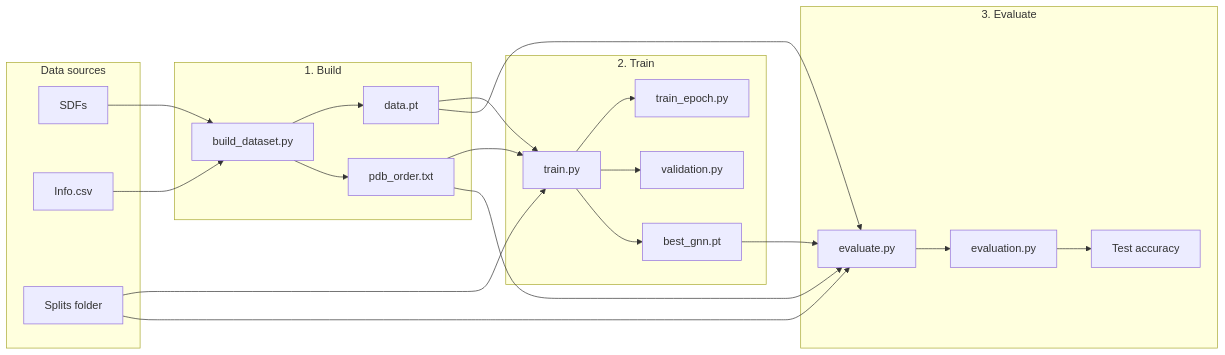
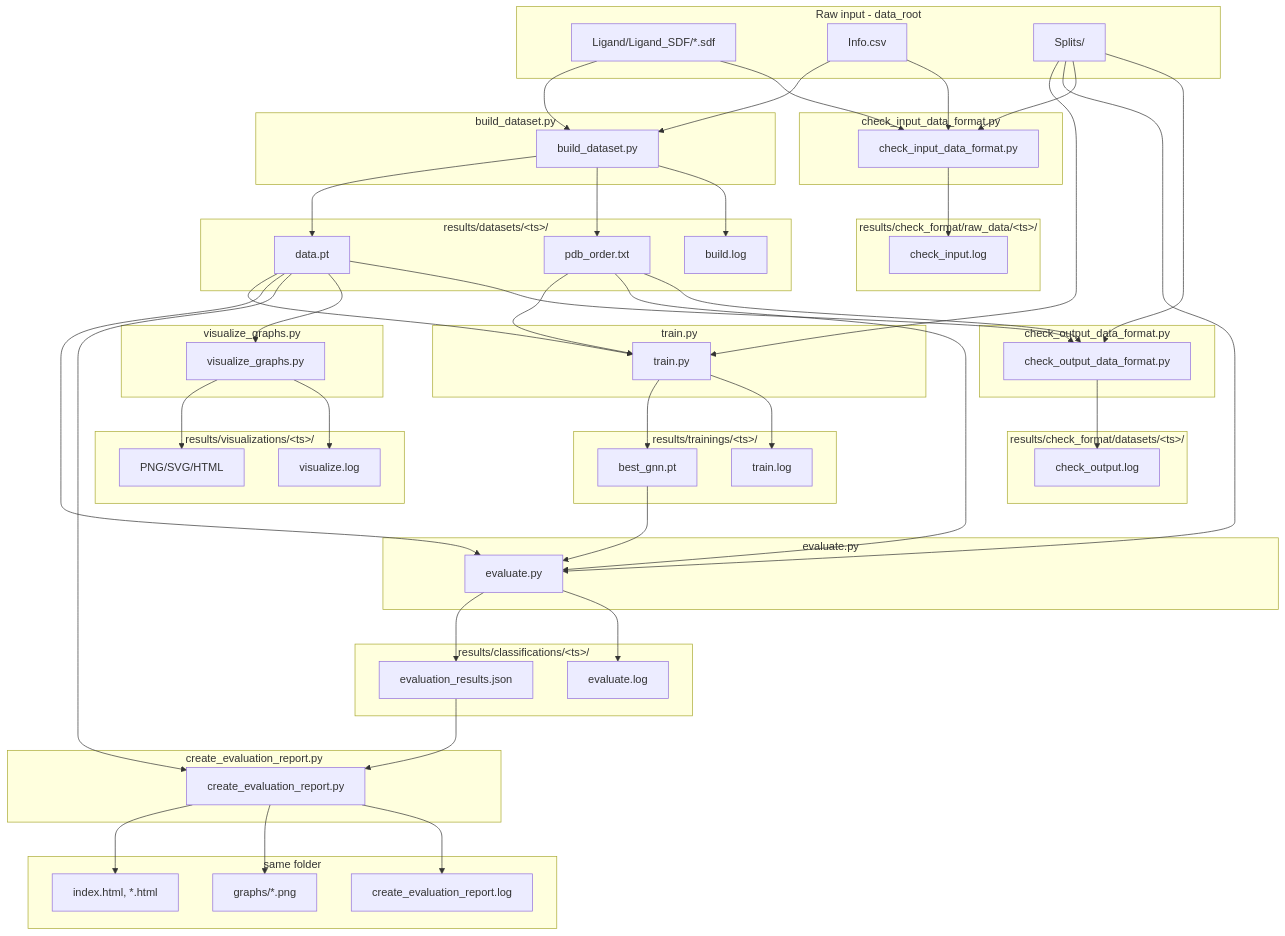
Before and after one commit to mananoreboton/gnn_gine_mprov3: the first of 2 diagrams in README.md, drawn with Mermaid. The commit also changed other lines of this file and 13 other files, not shown here.

First line of the commit message:
Refactor dataset management and output paths

````diff
--- a/README.md
+++ b/README.md
@@ -7,46 +11,110 @@
 ```mermaid
-flowchart LR
-    subgraph sources [Data sources]
-        SDF[SDFs]
+flowchart TB
+    subgraph raw [Raw input - data_root]
+        SDF[Ligand/Ligand_SDF/*.sdf]
         Info[Info.csv]
-        Splits[Splits folder]
+        Splits[Splits/]
     end
 
-    subgraph build [1. Build]
+    subgraph build [build_dataset.py]
         BuildCLI[build_dataset.py]
+    end
+
+    subgraph out_datasets [results/datasets/&lt;ts&gt;/]
         DataPT[data.pt]
         PdbOrder[pdb_order.txt]
+        BuildLog[build.log]
     end
 
-    subgraph train_flow [2. Train]
+    subgraph train_script [train.py]
         TrainCLI[train.py]
-        TrainEpoch[train_epoch.py]
-        ValMod[validation.py]
-        BestCkpt[best_gnn.pt]
     end
 
-    subgraph eval_flow [3. Evaluate]
+    subgraph out_trainings [results/trainings/&lt;ts&gt;/]
+        BestCkpt[best_gnn.pt]
+        TrainLog[train.log]
+    end
+
+    subgraph eval_script [evaluate.py]
         EvalCLI[evaluate.py]
-        EvalMod[evaluation.py]
-        Metrics[Test accuracy]
+    end
+
+    subgraph out_classifications [results/classifications/&lt;ts&gt;/]
+        EvalJSON[evaluation_results.json]
+        EvalLog[evaluate.log]
+    end
+
+    subgraph report_script [create_evaluation_report.py]
+        ReportCLI[create_evaluation_report.py]
+    end
+
+    subgraph out_report [same folder]
+        ReportHTML[index.html, *.html]
+        ReportGraphs[graphs/*.png]
+        ReportLog[create_evaluation_report.log]
+    end
+
+    subgraph viz_script [visualize_graphs.py]
+        VizCLI[visualize_graphs.py]
+    end
+
+    subgraph out_viz [results/visualizations/&lt;ts&gt;/]
+        VizPNG[PNG/SVG/HTML]
+        VizLog[visualize.log]
+    end
+
+    subgraph check_in [check_input_data_format.py]
+        CheckInCLI[check_input_data_format.py]
+    end
+
+    subgraph out_check_raw [results/check_format/raw_data/&lt;ts&gt;/]
+        CheckInLog[check_input.log]
+    end
+
+    subgraph check_out [check_output_data_format.py]
+        CheckOutCLI[check_output_data_format.py]
+    end
+
+    subgraph out_check_ds [results/check_format/datasets/&lt;ts&gt;/]
+        CheckOutLog[check_output.log]
     end
 
     SDF --> BuildCLI
     Info --> BuildCLI
     BuildCLI --> DataPT
     BuildCLI --> PdbOrder
+    BuildCLI --> BuildLog
 
     DataPT --> TrainCLI
     PdbOrder --> TrainCLI
     Splits --> TrainCLI
-    TrainCLI --> TrainEpoch
-    TrainCLI --> ValMod
     TrainCLI --> BestCkpt
+    TrainCLI --> TrainLog
 
     DataPT --> EvalCLI
     PdbOrder --> EvalCLI
     Splits --> EvalCLI
     BestCkpt --> EvalCLI
-    EvalCLI --> EvalMod
-    EvalMod --> Metrics
+    EvalCLI --> EvalJSON
+    EvalCLI --> EvalLog
+
+    EvalJSON --> ReportCLI
+    DataPT --> ReportCLI
+    ReportCLI --> ReportHTML
+    ReportCLI --> ReportGraphs
+    ReportCLI --> ReportLog
+
+    DataPT --> VizCLI
+    VizCLI --> VizPNG
+    VizCLI --> VizLog
+
+    SDF --> CheckInCLI
+    Info --> CheckInCLI
+    Splits --> CheckInCLI
+    CheckInCLI --> CheckInLog
+
+    DataPT --> CheckOutCLI
+    PdbOrder --> CheckOutCLI
+    Splits --> CheckOutCLI
+    CheckOutCLI --> CheckOutLog
 ```
````
